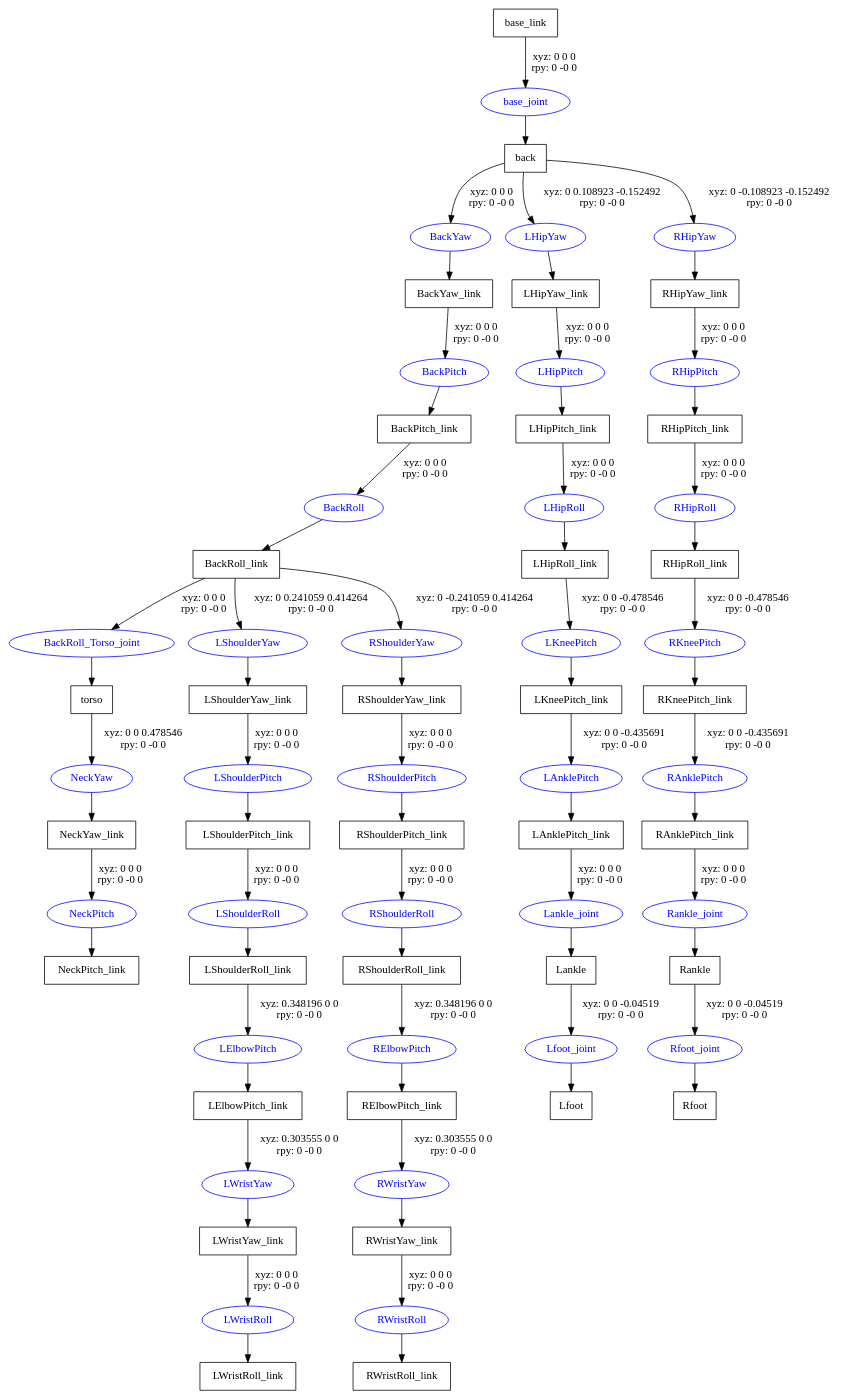
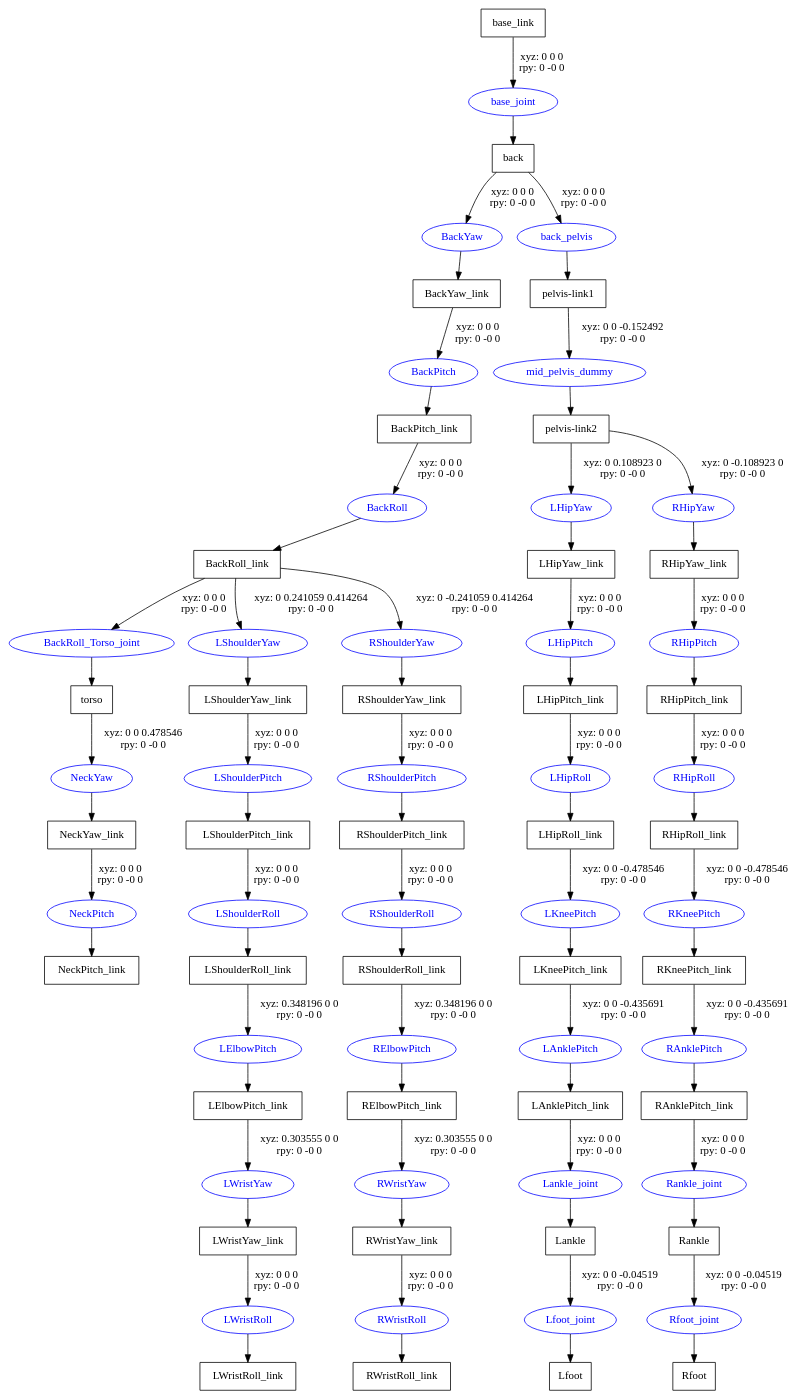
The diagram in ros_workspace/atlas_description/urdf/atlas.gv (openhumanoids/oh-distro), drawn with Graphviz before and after one commit. The commit also changed 5 other files, not shown here.

```diff
--- a/ros_workspace/atlas_description/urdf/atlas.gv
+++ b/ros_workspace/atlas_description/urdf/atlas.gv
@@ -1,104 +1,110 @@
 digraph G {
 node [shape=box];
 "base_link" [label="base_link"];
 "back" [label="back"];
 "BackYaw_link" [label="BackYaw_link"];
 "BackPitch_link" [label="BackPitch_link"];
 "BackRoll_link" [label="BackRoll_link"];
 "torso" [label="torso"];
 "NeckYaw_link" [label="NeckYaw_link"];
 "NeckPitch_link" [label="NeckPitch_link"];
 "LShoulderYaw_link" [label="LShoulderYaw_link"];
 "LShoulderPitch_link" [label="LShoulderPitch_link"];
 "LShoulderRoll_link" [label="LShoulderRoll_link"];
 "LElbowPitch_link" [label="LElbowPitch_link"];
 "LWristYaw_link" [label="LWristYaw_link"];
 "LWristRoll_link" [label="LWristRoll_link"];
 "RShoulderYaw_link" [label="RShoulderYaw_link"];
 "RShoulderPitch_link" [label="RShoulderPitch_link"];
 "RShoulderRoll_link" [label="RShoulderRoll_link"];
 "RElbowPitch_link" [label="RElbowPitch_link"];
 "RWristYaw_link" [label="RWristYaw_link"];
 "RWristRoll_link" [label="RWristRoll_link"];
+"pelvis-link1" [label="pelvis-link1"];
+"pelvis-link2" [label="pelvis-link2"];
 "LHipYaw_link" [label="LHipYaw_link"];
 "LHipPitch_link" [label="LHipPitch_link"];
 "LHipRoll_link" [label="LHipRoll_link"];
 "LKneePitch_link" [label="LKneePitch_link"];
 "LAnklePitch_link" [label="LAnklePitch_link"];
 "Lankle" [label="Lankle"];
 "Lfoot" [label="Lfoot"];
 "RHipYaw_link" [label="RHipYaw_link"];
 "RHipPitch_link" [label="RHipPitch_link"];
 "RHipRoll_link" [label="RHipRoll_link"];
 "RKneePitch_link" [label="RKneePitch_link"];
 "RAnklePitch_link" [label="RAnklePitch_link"];
 "Rankle" [label="Rankle"];
 "Rfoot" [label="Rfoot"];
 node [shape=ellipse, color=blue, fontcolor=blue];
 "base_link" -> "base_joint" [label="xyz: 0 0 0 \nrpy: 0 -0 0"]
 "base_joint" -> "back"
 "back" -> "BackYaw" [label="xyz: 0 0 0 \nrpy: 0 -0 0"]
 "BackYaw" -> "BackYaw_link"
 "BackYaw_link" -> "BackPitch" [label="xyz: 0 0 0 \nrpy: 0 -0 0"]
 "BackPitch" -> "BackPitch_link"
 "BackPitch_link" -> "BackRoll" [label="xyz: 0 0 0 \nrpy: 0 -0 0"]
 "BackRoll" -> "BackRoll_link"
 "BackRoll_link" -> "BackRoll_Torso_joint" [label="xyz: 0 0 0 \nrpy: 0 -0 0"]
 "BackRoll_Torso_joint" -> "torso"
 "torso" -> "NeckYaw" [label="xyz: 0 0 0.478546 \nrpy: 0 -0 0"]
 "NeckYaw" -> "NeckYaw_link"
 "NeckYaw_link" -> "NeckPitch" [label="xyz: 0 0 0 \nrpy: 0 -0 0"]
 "NeckPitch" -> "NeckPitch_link"
 "BackRoll_link" -> "LShoulderYaw" [label="xyz: 0 0.241059 0.414264 \nrpy: 0 -0 0"]
 "LShoulderYaw" -> "LShoulderYaw_link"
 "LShoulderYaw_link" -> "LShoulderPitch" [label="xyz: 0 0 0 \nrpy: 0 -0 0"]
 "LShoulderPitch" -> "LShoulderPitch_link"
 "LShoulderPitch_link" -> "LShoulderRoll" [label="xyz: 0 0 0 \nrpy: 0 -0 0"]
 "LShoulderRoll" -> "LShoulderRoll_link"
 "LShoulderRoll_link" -> "LElbowPitch" [label="xyz: 0.348196 0 0 \nrpy: 0 -0 0"]
 "LElbowPitch" -> "LElbowPitch_link"
 "LElbowPitch_link" -> "LWristYaw" [label="xyz: 0.303555 0 0 \nrpy: 0 -0 0"]
 "LWristYaw" -> "LWristYaw_link"
 "LWristYaw_link" -> "LWristRoll" [label="xyz: 0 0 0 \nrpy: 0 -0 0"]
 "LWristRoll" -> "LWristRoll_link"
 "BackRoll_link" -> "RShoulderYaw" [label="xyz: 0 -0.241059 0.414264 \nrpy: 0 -0 0"]
 "RShoulderYaw" -> "RShoulderYaw_link"
 "RShoulderYaw_link" -> "RShoulderPitch" [label="xyz: 0 0 0 \nrpy: 0 -0 0"]
 "RShoulderPitch" -> "RShoulderPitch_link"
 "RShoulderPitch_link" -> "RShoulderRoll" [label="xyz: 0 0 0 \nrpy: 0 -0 0"]
 "RShoulderRoll" -> "RShoulderRoll_link"
 "RShoulderRoll_link" -> "RElbowPitch" [label="xyz: 0.348196 0 0 \nrpy: 0 -0 0"]
 "RElbowPitch" -> "RElbowPitch_link"
 "RElbowPitch_link" -> "RWristYaw" [label="xyz: 0.303555 0 0 \nrpy: 0 -0 0"]
 "RWristYaw" -> "RWristYaw_link"
 "RWristYaw_link" -> "RWristRoll" [label="xyz: 0 0 0 \nrpy: 0 -0 0"]
 "RWristRoll" -> "RWristRoll_link"
-"back" -> "LHipYaw" [label="xyz: 0 0.108923 -0.152492 \nrpy: 0 -0 0"]
+"back" -> "back_pelvis" [label="xyz: 0 0 0 \nrpy: 0 -0 0"]
+"back_pelvis" -> "pelvis-link1"
+"pelvis-link1" -> "mid_pelvis_dummy" [label="xyz: 0 0 -0.152492 \nrpy: 0 -0 0"]
+"mid_pelvis_dummy" -> "pelvis-link2"
+"pelvis-link2" -> "LHipYaw" [label="xyz: 0 0.108923 0 \nrpy: 0 -0 0"]
 "LHipYaw" -> "LHipYaw_link"
 "LHipYaw_link" -> "LHipPitch" [label="xyz: 0 0 0 \nrpy: 0 -0 0"]
 "LHipPitch" -> "LHipPitch_link"
 "LHipPitch_link" -> "LHipRoll" [label="xyz: 0 0 0 \nrpy: 0 -0 0"]
 "LHipRoll" -> "LHipRoll_link"
 "LHipRoll_link" -> "LKneePitch" [label="xyz: 0 0 -0.478546 \nrpy: 0 -0 0"]
 "LKneePitch" -> "LKneePitch_link"
 "LKneePitch_link" -> "LAnklePitch" [label="xyz: 0 0 -0.435691 \nrpy: 0 -0 0"]
 "LAnklePitch" -> "LAnklePitch_link"
 "LAnklePitch_link" -> "Lankle_joint" [label="xyz: 0 0 0 \nrpy: 0 -0 0"]
 "Lankle_joint" -> "Lankle"
 "Lankle" -> "Lfoot_joint" [label="xyz: 0 0 -0.04519 \nrpy: 0 -0 0"]
 "Lfoot_joint" -> "Lfoot"
-"back" -> "RHipYaw" [label="xyz: 0 -0.108923 -0.152492 \nrpy: 0 -0 0"]
+"pelvis-link2" -> "RHipYaw" [label="xyz: 0 -0.108923 0 \nrpy: 0 -0 0"]
 "RHipYaw" -> "RHipYaw_link"
 "RHipYaw_link" -> "RHipPitch" [label="xyz: 0 0 0 \nrpy: 0 -0 0"]
 "RHipPitch" -> "RHipPitch_link"
 "RHipPitch_link" -> "RHipRoll" [label="xyz: 0 0 0 \nrpy: 0 -0 0"]
 "RHipRoll" -> "RHipRoll_link"
 "RHipRoll_link" -> "RKneePitch" [label="xyz: 0 0 -0.478546 \nrpy: 0 -0 0"]
 "RKneePitch" -> "RKneePitch_link"
 "RKneePitch_link" -> "RAnklePitch" [label="xyz: 0 0 -0.435691 \nrpy: 0 -0 0"]
 "RAnklePitch" -> "RAnklePitch_link"
 "RAnklePitch_link" -> "Rankle_joint" [label="xyz: 0 0 0 \nrpy: 0 -0 0"]
 "Rankle_joint" -> "Rankle"
 "Rankle" -> "Rfoot_joint" [label="xyz: 0 0 -0.04519 \nrpy: 0 -0 0"]
 "Rfoot_joint" -> "Rfoot"
 }
```
